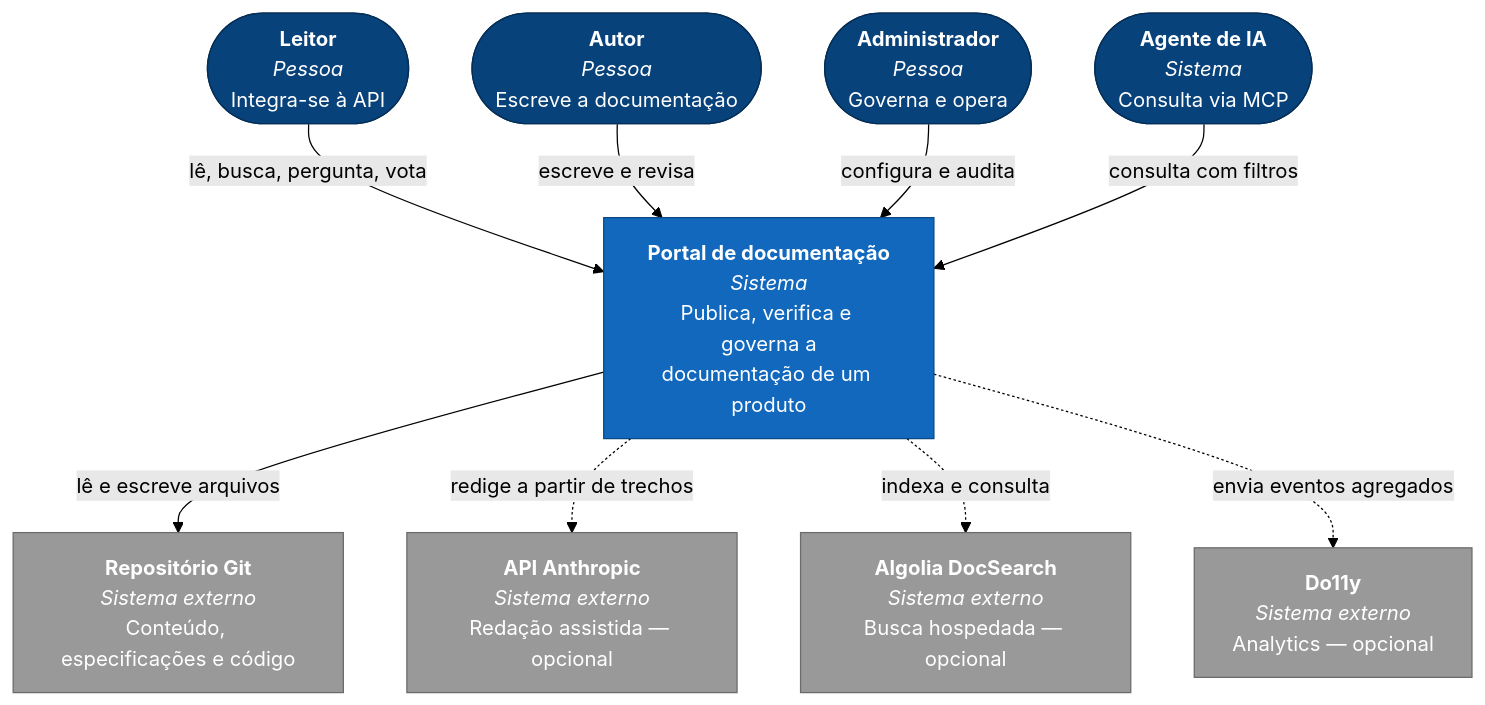
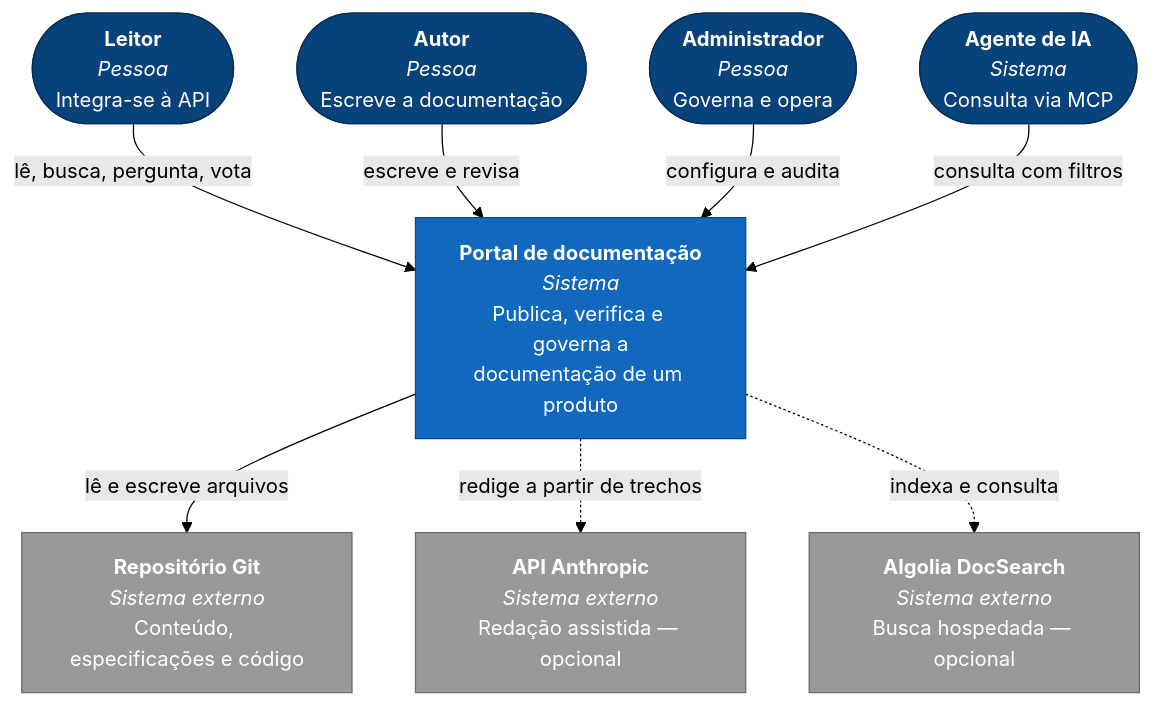
One commit to andre-sato/lunar-limb changed the first of 5 diagrams in docs/arquitetura.md. Above: the diagram before and after it, drawn with Mermaid (forest theme). The commit also changed 33 other files, not shown here.

````diff
--- a/docs/arquitetura.md
+++ b/docs/arquitetura.md
@@ -36,31 +36,29 @@
 ```mermaid
 flowchart TB
     leitor(["<b>Leitor</b><br/><i>Pessoa</i><br/>Integra-se à API"])
     autor(["<b>Autor</b><br/><i>Pessoa</i><br/>Escreve a documentação"])
     admin(["<b>Administrador</b><br/><i>Pessoa</i><br/>Governa e opera"])
     agente(["<b>Agente de IA</b><br/><i>Sistema</i><br/>Consulta via MCP"])
 
     portal["<b>Portal de documentação</b><br/><i>Sistema</i><br/>Publica, verifica e governa a<br/>documentação de um produto"]
 
     git["<b>Repositório Git</b><br/><i>Sistema externo</i><br/>Conteúdo, especificações e código"]
     modelo["<b>API Anthropic</b><br/><i>Sistema externo</i><br/>Redação assistida — opcional"]
     busca["<b>Algolia DocSearch</b><br/><i>Sistema externo</i><br/>Busca hospedada — opcional"]
-    do11y["<b>Do11y</b><br/><i>Sistema externo</i><br/>Analytics — opcional"]
 
     leitor -->|lê, busca, pergunta, vota| portal
     autor -->|escreve e revisa| portal
     admin -->|configura e audita| portal
     agente -->|consulta com filtros| portal
 
     portal -->|lê e escreve arquivos| git
     portal -.->|redige a partir de trechos| modelo
     portal -.->|indexa e consulta| busca
-    portal -.->|envia eventos agregados| do11y
 
     classDef pessoa fill:#08427b,stroke:#052e56,color:#fff
     classDef sistema fill:#1168bd,stroke:#0b4884,color:#fff
     classDef externo fill:#999,stroke:#6b6b6b,color:#fff
     class leitor,autor,admin,agente pessoa
     class portal sistema
-    class git,modelo,busca,do11y externo
+    class git,modelo,busca externo
 ```
````
